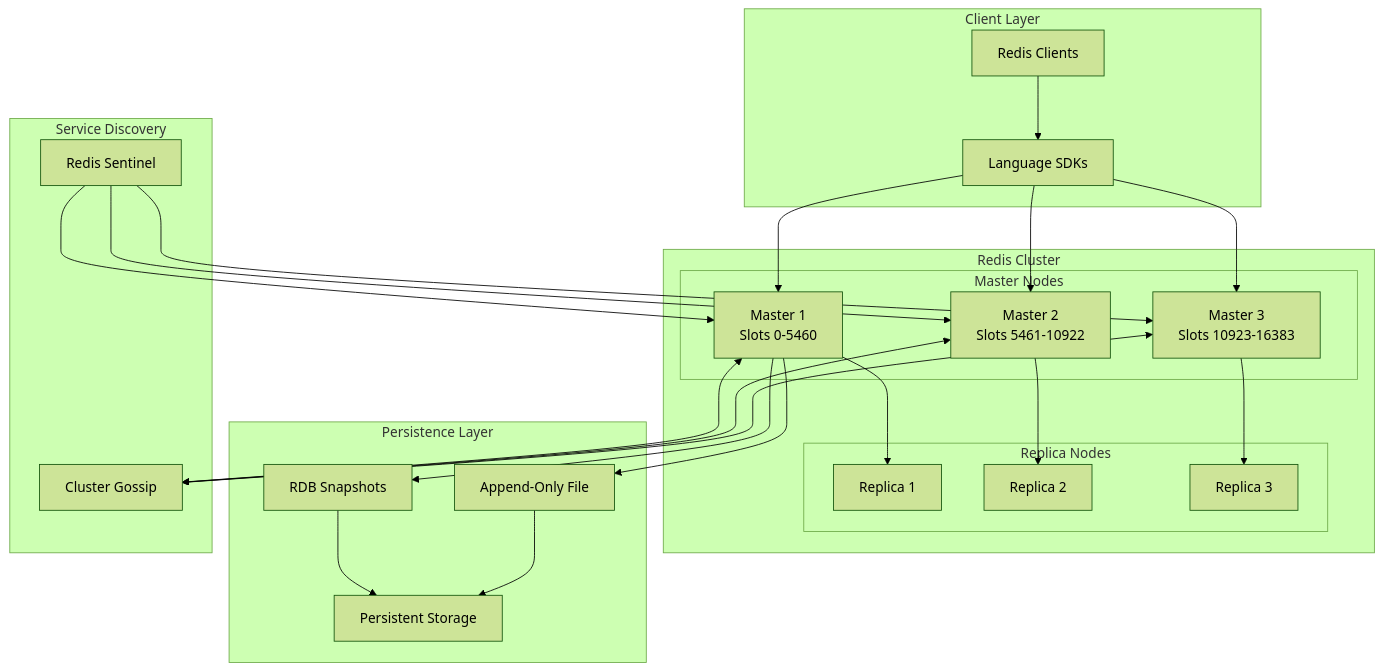
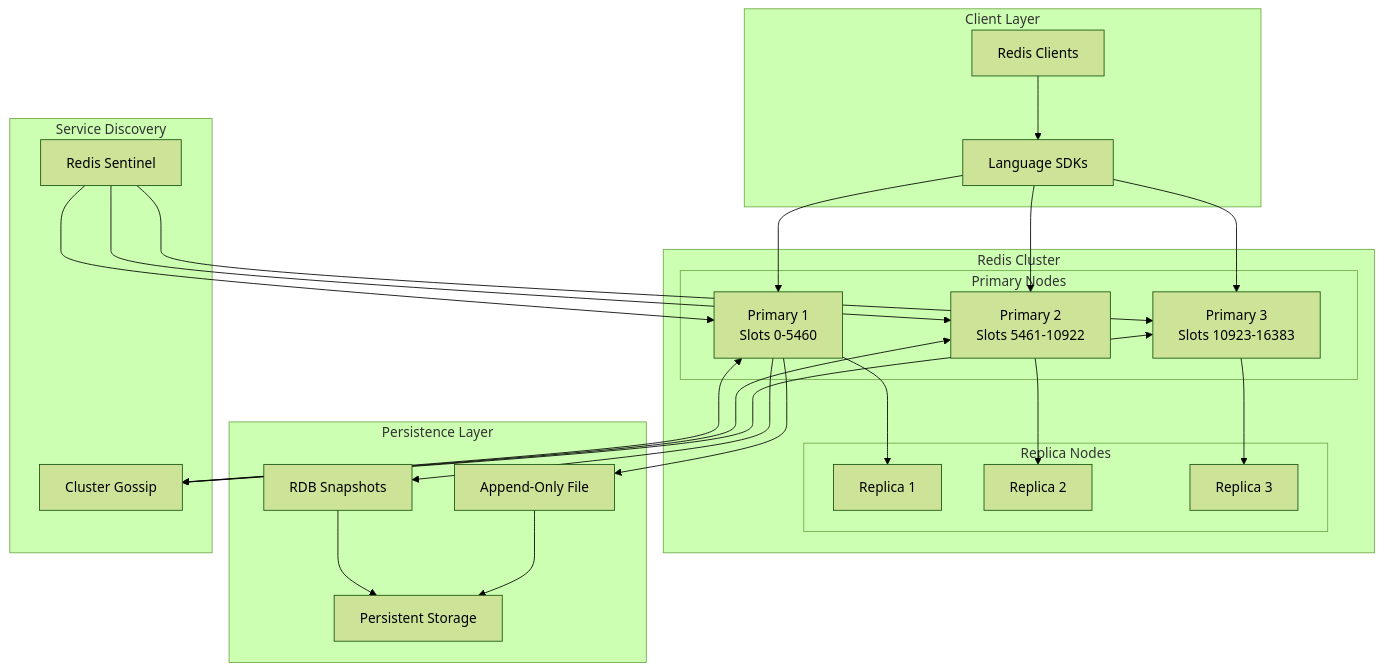
One commit to deepaucksharma/DStudio changed the first of 10 diagrams in docs/architects-handbook/case-studies/databases/redis-architecture.md. Above: the diagram before and after it, drawn with Mermaid (forest theme). The commit also changed other lines of this file and 186 other files, not shown here.

````diff
--- a/docs/architects-handbook/case-studies/databases/redis-architecture.md
+++ b/docs/architects-handbook/case-studies/databases/redis-architecture.md
@@ -167,54 +167,54 @@
 ```mermaid
 graph TB
  subgraph "Client Layer"
  CLIENT[Redis Clients]
  SDK[Language SDKs]
  end
  
  subgraph "Redis Cluster"
- subgraph "Master Nodes"
- M1[Master 1<br/>Slots 0-5460]
- M2[Master 2<br/>Slots 5461-10922]
- M3[Master 3<br/>Slots 10923-16383]
+ subgraph "Primary Nodes"
+ M1[Primary 1<br/>Slots 0-5460]
+ M2[Primary 2<br/>Slots 5461-10922]
+ M3[Primary 3<br/>Slots 10923-16383]
  end
  
  subgraph "Replica Nodes"
  R1[Replica 1]
  R2[Replica 2]
  R3[Replica 3]
  end
  end
  
  subgraph "Persistence Layer"
  RDB[RDB Snapshots]
  AOF[Append-Only File]
  STORAGE[Persistent Storage]
  end
  
  subgraph "Service Discovery"
  SENTINEL[Redis Sentinel]
  GOSSIP[Cluster Gossip]
  end
  
  CLIENT --> SDK
  SDK --> M1
  SDK --> M2
  SDK --> M3
  
  M1 --> R1
  M2 --> R2
  M3 --> R3
  
  M1 --> RDB
  M1 --> AOF
  RDB --> STORAGE
  AOF --> STORAGE
  
  SENTINEL --> M1
  SENTINEL --> M2
  SENTINEL --> M3
  
  M1 <--> GOSSIP
  M2 <--> GOSSIP
  M3 <--> GOSSIP
 ```
````
